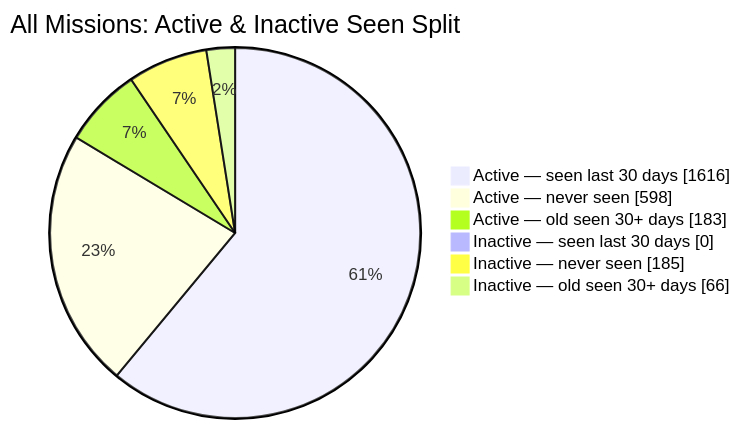
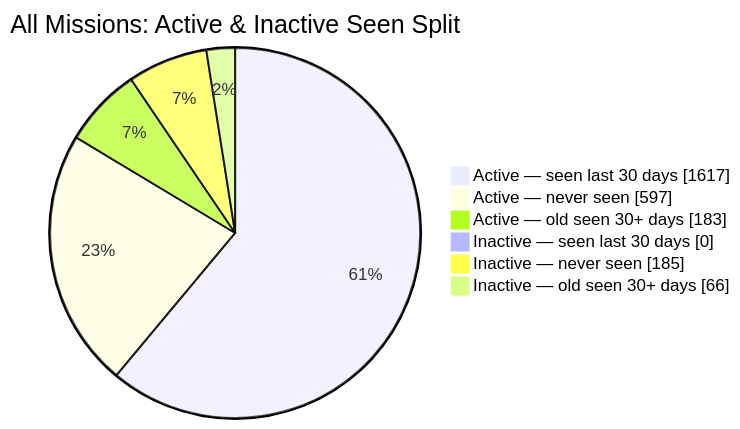
Before and after one commit to MeldkamerspelGameTeam/active-missions: the second of 2 diagrams in README.md, drawn with Mermaid. The commit also changed other lines of this file and 3 other files, not shown here.

````diff
--- a/README.md
+++ b/README.md
@@ -44,10 +44,10 @@
 ```mermaid
 pie showData
     title All Missions: Active & Inactive Seen Split
-    "Active — seen last 30 days" : 1616
-    "Active — never seen" : 598
+    "Active — seen last 30 days" : 1617
+    "Active — never seen" : 597
     "Active — old seen 30+ days" : 183
     "Inactive — seen last 30 days" : 0
     "Inactive — never seen" : 185
     "Inactive — old seen 30+ days" : 66
 ```
````
